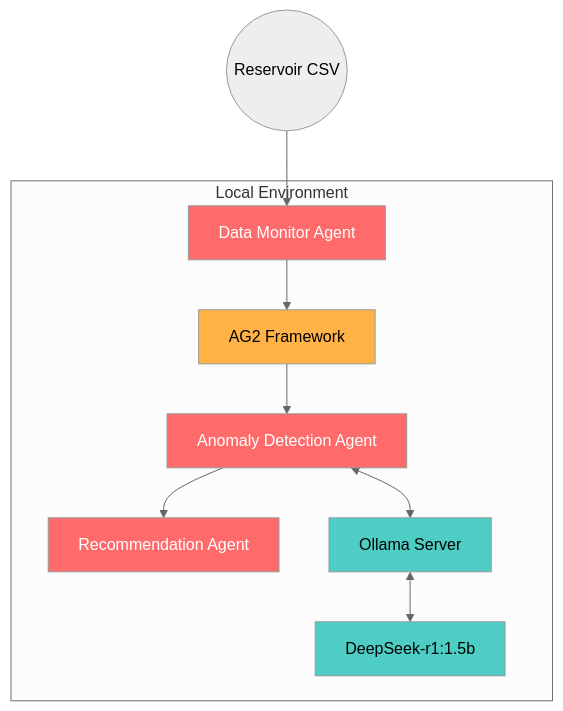
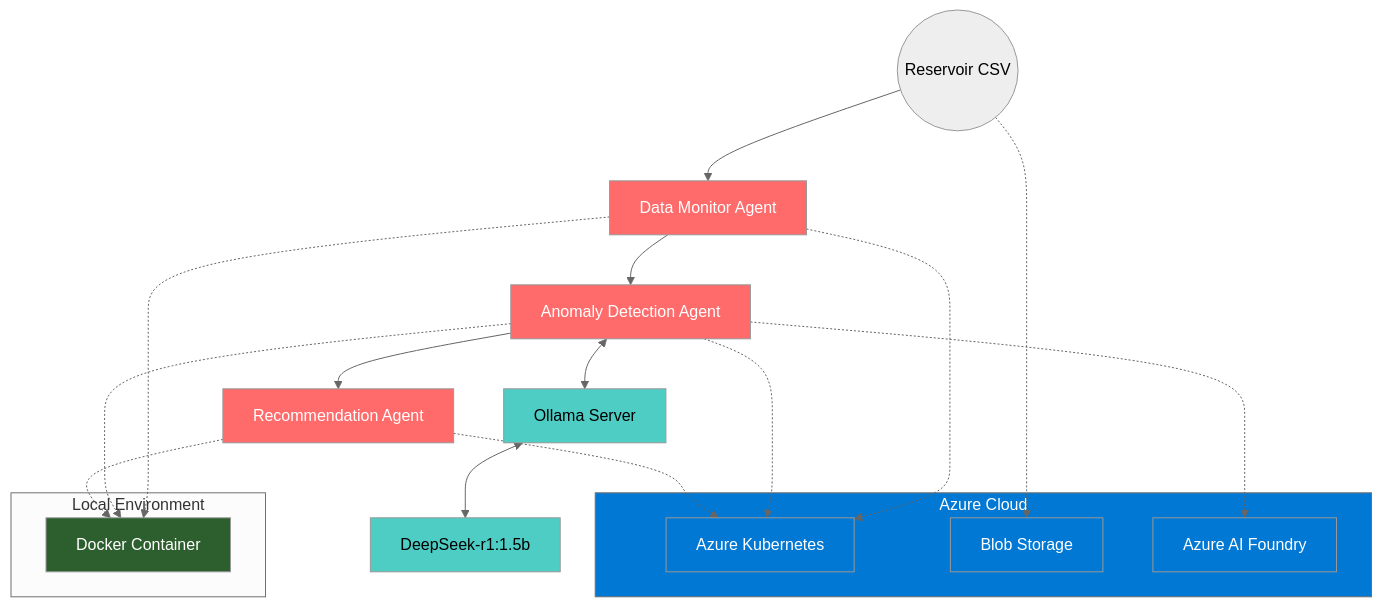
The diagram in README.md (hamzaelghoujdami/reservoir-ai), drawn with Mermaid (neutral theme) before and after one commit. The commit also changed 2 other files, not shown here.

````diff
--- a/README.md
+++ b/README.md
@@ -19,25 +19,40 @@
 ```mermaid
 graph TD
     CSV((Reservoir CSV)) --> DMA[Data Monitor Agent]
-    DMA --> AG2[AG2 Framework]
-    AG2 --> ADA[Anomaly Detection Agent]
+    DMA --> ADA[Anomaly Detection Agent]
     ADA --> RA[Recommendation Agent]
     ADA <--> OLLAMA[Ollama Server]
     OLLAMA <--> DS[DeepSeek-r1:1.5b]
     
-    subgraph "Local Environment"
-        AG2
-        DMA
-        ADA
-        RA
-        OLLAMA
-        DS
+    subgraph Local["Local Environment"]
+        DOCKER[Docker Container]
     end
+    
+    subgraph Azure["Azure Cloud"]
+        AKS[Azure Kubernetes]
+        BLOB[Blob Storage]
+        AIF[Azure AI Foundry]
+    end
+    
+    DMA -.-> DOCKER
+    ADA -.-> DOCKER
+    RA -.-> DOCKER
+    
+    DMA -.-> AKS
+    ADA -.-> AKS
+    RA -.-> AKS
+    CSV -.-> BLOB
+    ADA -.-> AIF
     
     style DMA fill:#FF6B6B,color:white
     style ADA fill:#FF6B6B,color:white
     style RA fill:#FF6B6B,color:white
-    style AG2 fill:#FFB347,color:black
     style OLLAMA fill:#4ECDC4,color:black
     style DS fill:#4ECDC4,color:black
+    style DOCKER fill:#2C5F2D,color:white
+    style Azure fill:#0078D4,color:white
+    style AKS fill:#0078D4,color:white
+    style BLOB fill:#0078D4,color:white
+    style AIF fill:#0078D4,color:white
+
 ```
````
